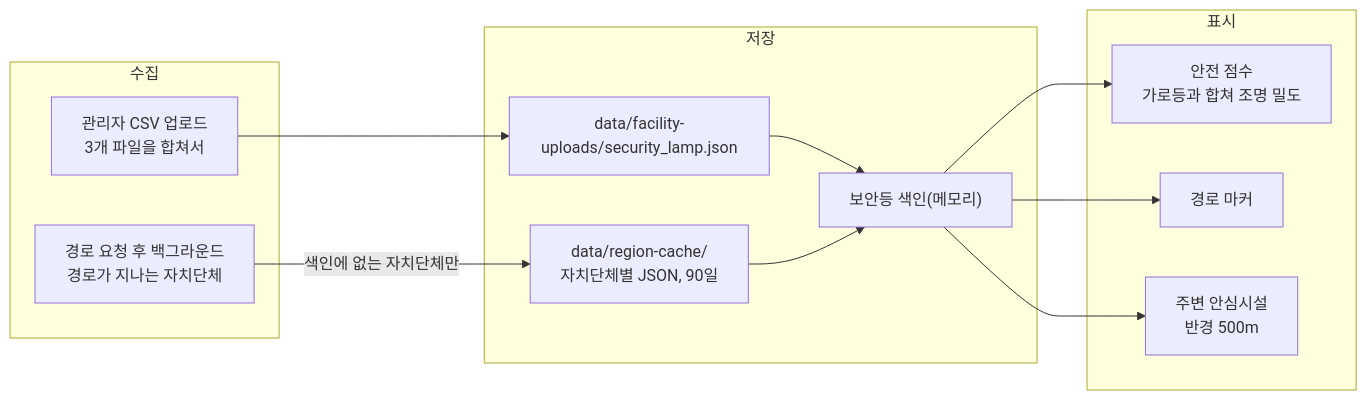
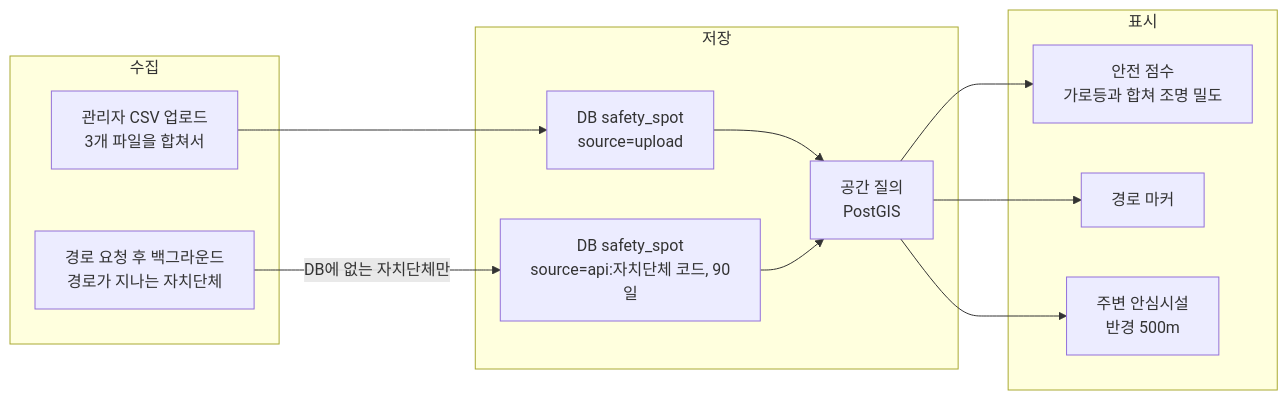
One commit to soo-ai-agent/bueongi-backend changed the diagram in docs/safety-spots/security-lamp.md. Above: the diagram before and after it, drawn with Mermaid. The commit also changed other lines of this file and 11 other files, not shown here.

First line of the commit message:
docs(backend): 안심시설 저장 문서를 PostGIS 구조로 갱신

````diff
--- a/docs/safety-spots/security-lamp.md
+++ b/docs/safety-spots/security-lamp.md
@@ -53,24 +53,24 @@
 ```mermaid
 flowchart LR
     subgraph 수집
         A1["관리자 CSV 업로드<br/>3개 파일을 합쳐서"]
         A2["경로 요청 후 백그라운드<br/>경로가 지나는 자치단체"]
     end
     subgraph 저장
-        B1["data/facility-uploads/security_lamp.json"]
-        B2["data/region-cache/<br/>자치단체별 JSON, 90일"]
-        C["보안등 색인(메모리)"]
+        B1["DB safety_spot<br/>source=upload"]
+        B2["DB safety_spot<br/>source=api:자치단체 코드, 90일"]
+        C["공간 질의<br/>PostGIS"]
     end
     subgraph 표시
         E1["안전 점수<br/>가로등과 합쳐 조명 밀도"]
         E2["경로 마커"]
         E3["주변 안심시설<br/>반경 500m"]
     end
     A1 --> B1
-    A2 -->|"색인에 없는 자치단체만"| B2
+    A2 -->|"DB에 없는 자치단체만"| B2
     B1 --> C
     B2 --> C
     C --> E1
     C --> E2
     C --> E3
 ```
````
